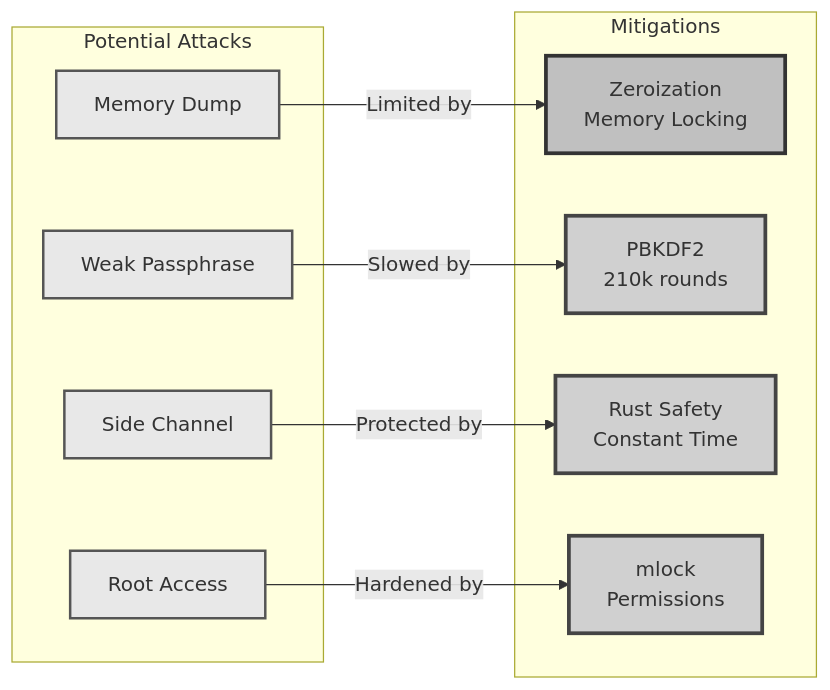
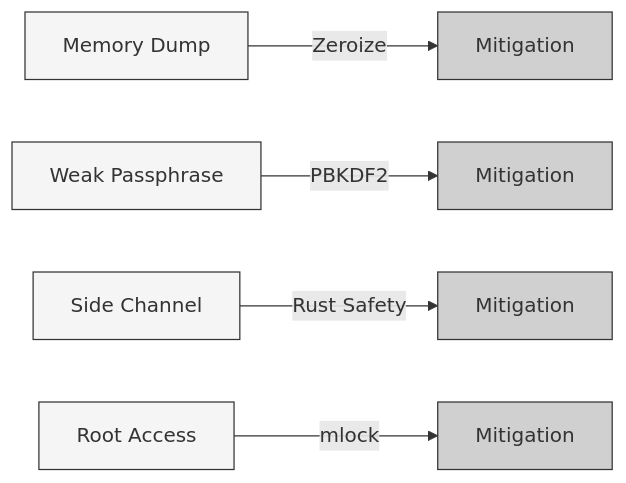
Before and after one commit to ehanoc/softKMS: the tenth of 10 diagrams in docs/SECURITY_MODEL.md, drawn with Mermaid. The commit also changed other lines of this file and 8 other files, not shown here.

````diff
--- a/docs/SECURITY_MODEL.md
+++ b/docs/SECURITY_MODEL.md
@@ -427,30 +351,16 @@
 ```mermaid
 flowchart LR
-    subgraph Attacks["Potential Attacks"]
-        A1[Memory Dump]
-        A2[Weak Passphrase]
-        A3[Side Channel]
-        A4[Root Access]
-    end
+    A1[Memory Dump] -->|Zeroize| M1[Mitigation]
+    A2[Weak Passphrase] -->|PBKDF2| M2[Mitigation]
+    A3[Side Channel] -->|Rust Safety| M3[Mitigation]
+    A4[Root Access] -->|mlock| M4[Mitigation]
     
-    subgraph Mitigations["Mitigations"]
-        M1[Zeroization\nMemory Locking]
-        M2[PBKDF2\n210k rounds]
-        M3[Rust Safety\nConstant Time]
-        M4[mlock\nPermissions]
-    end
-    
-    A1 -->|"Limited by"| M1
-    A2 -->|"Slowed by"| M2
-    A3 -->|"Protected by"| M3
-    A4 -->|"Hardened by"| M4
-    
-    style A1 fill:#e8e8e8,stroke:#555,stroke-width:2px
-    style A2 fill:#e8e8e8,stroke:#555,stroke-width:2px
-    style A3 fill:#e8e8e8,stroke:#555,stroke-width:2px
-    style A4 fill:#e8e8e8,stroke:#555,stroke-width:2px
-    style M1 fill:#c0c0c0,stroke:#333,stroke-width:3px
-    style M2 fill:#d0d0d0,stroke:#444,stroke-width:3px
-    style M3 fill:#d0d0d0,stroke:#444,stroke-width:3px
-    style M4 fill:#d0d0d0,stroke:#444,stroke-width:3px
+    style A1 fill:#f5f5f5,stroke:#333
+    style A2 fill:#f5f5f5,stroke:#333
+    style A3 fill:#f5f5f5,stroke:#333
+    style A4 fill:#f5f5f5,stroke:#333
+    style M1 fill:#d0d0d0,stroke:#333
+    style M2 fill:#d0d0d0,stroke:#333
+    style M3 fill:#d0d0d0,stroke:#333
+    style M4 fill:#d0d0d0,stroke:#333
 ```
````
